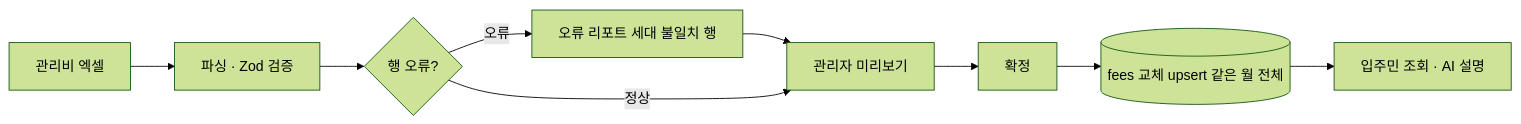
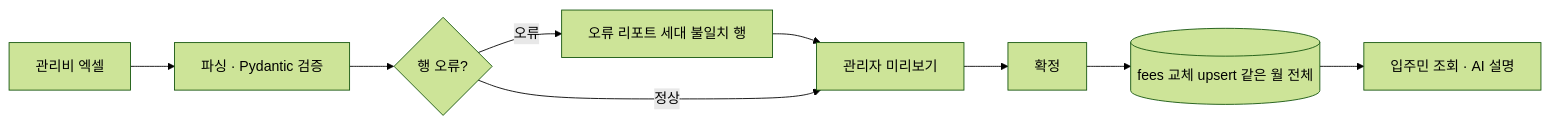
One commit to romis9724/LIVIQ changed the third of 6 diagrams in docs/11-data-architecture.md. Above: the diagram before and after it, drawn with Mermaid (forest theme). The commit also changed other lines of this file and 16 other files, not shown here.

````diff
--- a/docs/11-data-architecture.md
+++ b/docs/11-data-architecture.md
@@ -82,11 +82,11 @@
 ```mermaid
 flowchart LR
-  X[관리비 엑셀] --> PZ[파싱 · Zod 검증]
+  X[관리비 엑셀] --> PZ[파싱 · Pydantic 검증]
   PZ --> ER{행 오류?}
   ER -->|오류| RP[오류 리포트 세대 불일치 행]
   RP --> PV[관리자 미리보기]
   ER -->|정상| PV
   PV --> CF[확정]
   CF --> UP[(fees 교체 upsert 같은 월 전체)]
   UP --> RV[입주민 조회 · AI 설명]
 ```
````
